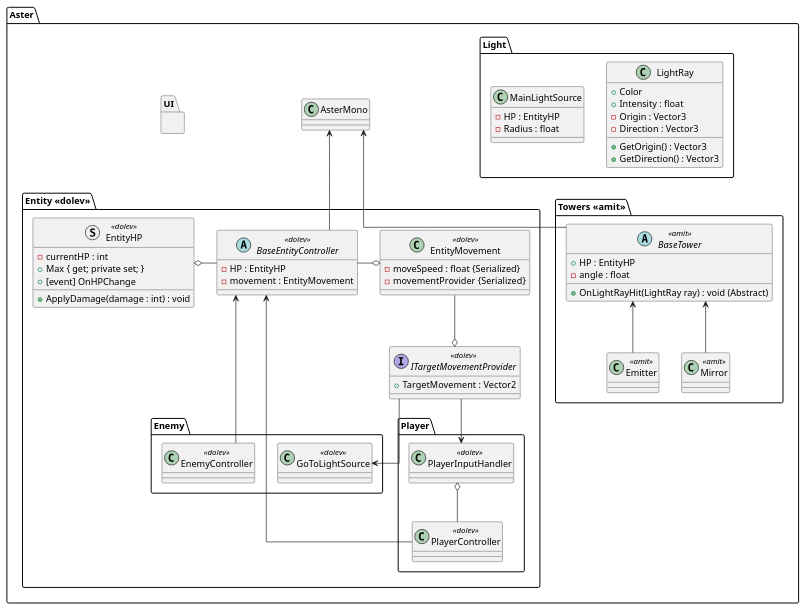
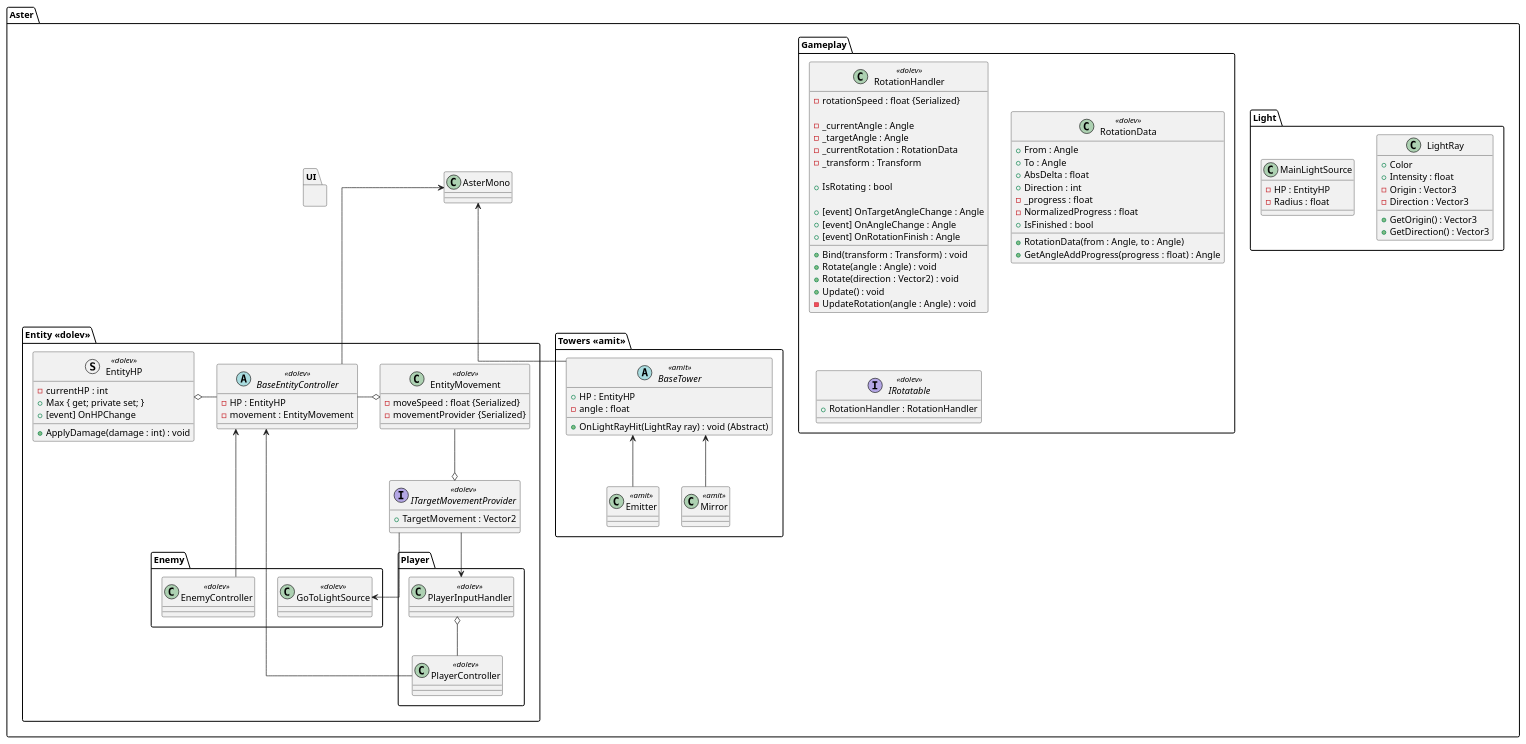
Before and after one commit to ouroboros-98/aster: the first of 3 diagrams in Misc/Diagrams/Architecteure.puml, drawn with PlantUML. The commit also changed 11 other files, not shown here.

```diff
--- a/Misc/Diagrams/Architecteure.puml
+++ b/Misc/Diagrams/Architecteure.puml
@@ -1,97 +1,137 @@
 @startuml
 skinparam linetype ortho
 
 package Aster {
     class AsterMono
     package Light {
         class LightRay {
             + Color
             + Intensity : float
             - Origin : Vector3
             - Direction : Vector3
             + GetOrigin() : Vector3
             + GetDirection() : Vector3
             
         }
         
         class MainLightSource {
             - HP : EntityHP
             - Radius : float
         }
         
     }
     package "Towers <<amit>>"{
         abstract class BaseTower <<amit>> {
             + HP : EntityHP
             - angle : float
             + OnLightRayHit(LightRay ray) : void (Abstract)
         }
         
         class Emitter <<amit>> {
         }
         class Mirror <<amit>> {
         }
         
         Emitter -up-> BaseTower
         Mirror -up-> BaseTower
     }
     
     BaseTower -up-> AsterMono
     
     package "Entity <<dolev>>" {
         abstract class BaseEntityController <<dolev>>
         {
             - HP : EntityHP
             - movement : EntityMovement
         }
         class EntityMovement <<dolev>>
         {
             - moveSpeed : float {Serialized}
             - movementProvider {Serialized}
         }
         struct EntityHP <<dolev>> {
             - currentHP : int
             + Max { get; private set; }
             + [event] OnHPChange
             + ApplyDamage(damage : int) : void
         }
         
         package Player {
             class PlayerController <<dolev>> 
             {
             }
             class PlayerInputHandler <<dolev>>
             {
             }
             PlayerInputHandler o-- PlayerController
         }
         
         package Enemy {
             class EnemyController <<dolev>>
             class "GoToLightSource" as GTLS <<dolev>>
         }
         
         interface ITargetMovementProvider <<dolev>>
         {
             + TargetMovement : Vector2
         }
         
         
         
         BaseEntityController -right-o EntityMovement
         BaseEntityController -left-o EntityHP
         GTLS <-up- ITargetMovementProvider
         PlayerInputHandler <-up- ITargetMovementProvider
         
         EntityMovement --o ITargetMovementProvider
     }
     
     package UI {
     }
     
+    package Gameplay {
+        class RotationHandler <<dolev>> {
+            - rotationSpeed : float {Serialized}
+            
+            - _currentAngle : Angle 
+            - _targetAngle : Angle 
+            - _currentRotation : RotationData 
+            - _transform : Transform    
+            
+            + IsRotating : bool
+        
+            + [event] OnTargetAngleChange : Angle
+            + [event] OnAngleChange : Angle
+            + [event] OnRotationFinish : Angle
+            
+            + Bind(transform : Transform) : void
+            + Rotate(angle : Angle) : void
+            + Rotate(direction : Vector2) : void
+            + Update() : void
+            - UpdateRotation(angle : Angle) : void
+        }
+        
+        class RotationData <<dolev>> {
+            + From : Angle
+            + To : Angle
+            + AbsDelta : float
+            + Direction : int
+            - _progress : float
+            - NormalizedProgress : float
+            + IsFinished : bool
+            
+            + RotationData(from : Angle, to : Angle) 
+            + GetAngleAddProgress(progress : float) : Angle
+        }
+        
+        interface IRotatable <<dolev>> {
+            + RotationHandler : RotationHandler
+        }
+    }
+    
     AsterMono <-- BaseEntityController
     
     BaseEntityController <-down- PlayerController
     BaseEntityController <-down- EnemyController
 }
 @enduml
```
